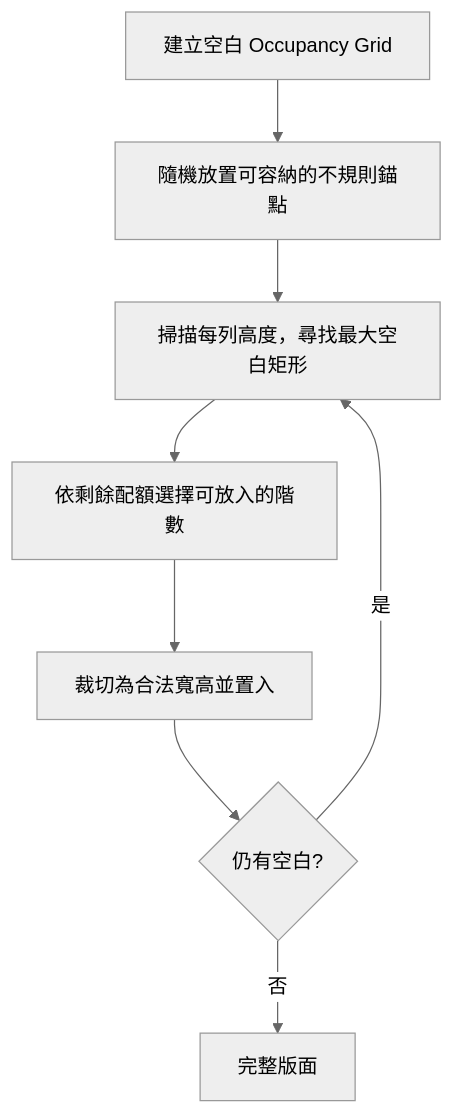
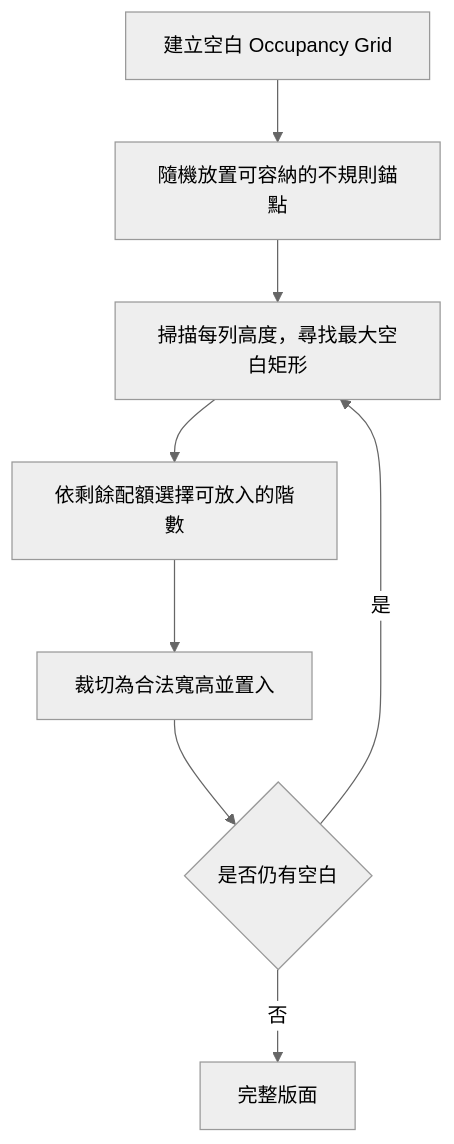
Before and after one commit to kent891026/destijl-design: the second of 6 diagrams in README.md, drawn with Mermaid (neutral theme). The commit also changed other lines of this file and 3 other files, not shown here.

````diff
--- a/README.md
+++ b/README.md
@@ -170,10 +173,10 @@
 ```mermaid
 flowchart TD
     A[建立空白 Occupancy Grid] --> B[隨機放置可容納的不規則錨點]
     B --> C[掃描每列高度，尋找最大空白矩形]
     C --> D[依剩餘配額選擇可放入的階數]
     D --> E[裁切為合法寬高並置入]
-    E --> F{仍有空白?}
+    E --> F{是否仍有空白}
     F -- 是 --> C
     F -- 否 --> G[完整版面]
 ```
````
